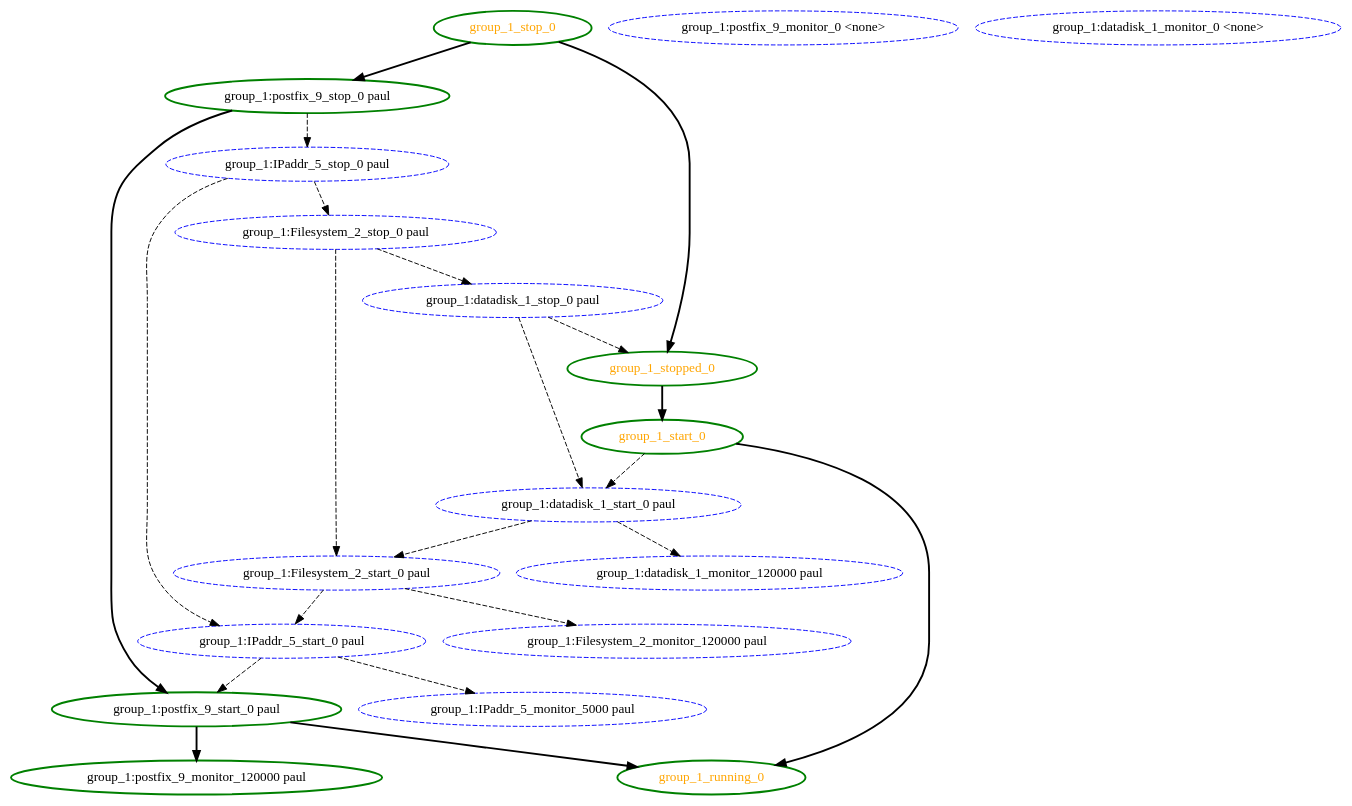
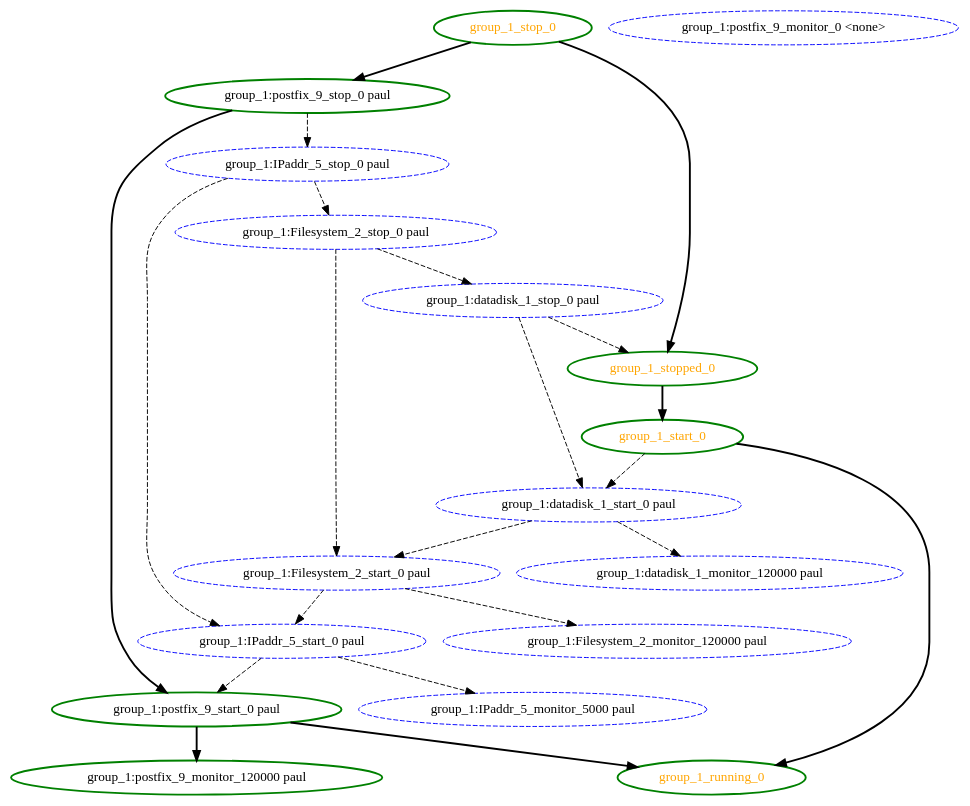
The diagram in crm/pengine/testcases/994.dot (richiewen8/heartbeat), drawn with Graphviz before and after one commit. The commit also changed 1 other file, not shown here.

```diff
--- a/crm/pengine/testcases/994.dot
+++ b/crm/pengine/testcases/994.dot
@@ -1,42 +1,41 @@
 digraph "g" {
 	size = "30,30"
 "group_1:Filesystem_2_monitor_120000 paul" [ style="dashed" color="blue" fontcolor="black" ]
 "group_1:postfix_9_monitor_0 <none>" [ style="dashed" color="blue" fontcolor="black" ]
 "group_1:postfix_9_monitor_120000 paul" [ style=bold color="green" fontcolor="black" ]
 "group_1:postfix_9_stop_0 paul" [ style=bold color="green" fontcolor="black" ]
-"group_1:datadisk_1_monitor_0 <none>" [ style="dashed" color="blue" fontcolor="black" ]
 "group_1:datadisk_1_monitor_120000 paul" [ style="dashed" color="blue" fontcolor="black" ]
 "group_1:IPaddr_5_monitor_5000 paul" [ style="dashed" color="blue" fontcolor="black" ]
 "group_1:datadisk_1_stop_0 paul" [ style="dashed" color="blue" fontcolor="black" ]
 "group_1:datadisk_1_start_0 paul" [ style="dashed" color="blue" fontcolor="black" ]
 "group_1:Filesystem_2_stop_0 paul" [ style="dashed" color="blue" fontcolor="black" ]
 "group_1:Filesystem_2_start_0 paul" [ style="dashed" color="blue" fontcolor="black" ]
 "group_1:IPaddr_5_stop_0 paul" [ style="dashed" color="blue" fontcolor="black" ]
 "group_1:IPaddr_5_start_0 paul" [ style="dashed" color="blue" fontcolor="black" ]
 "group_1:postfix_9_start_0 paul" [ style=bold color="green" fontcolor="black" ]
 "group_1_start_0" [ style=bold color="green" fontcolor="orange" ]
 "group_1_running_0" [ style=bold color="green" fontcolor="orange" ]
 "group_1_stop_0" [ style=bold color="green" fontcolor="orange" ]
 "group_1_stopped_0" [ style=bold color="green" fontcolor="orange" ]
 "group_1:Filesystem_2_start_0 paul" -> "group_1:Filesystem_2_monitor_120000 paul" [ style = dashed]
 "group_1:postfix_9_start_0 paul" -> "group_1:postfix_9_monitor_120000 paul" [ style = bold]
 "group_1_stop_0" -> "group_1:postfix_9_stop_0 paul" [ style = bold]
 "group_1:datadisk_1_start_0 paul" -> "group_1:datadisk_1_monitor_120000 paul" [ style = dashed]
 "group_1:IPaddr_5_start_0 paul" -> "group_1:IPaddr_5_monitor_5000 paul" [ style = dashed]
 "group_1:Filesystem_2_stop_0 paul" -> "group_1:datadisk_1_stop_0 paul" [ style = dashed]
 "group_1:datadisk_1_stop_0 paul" -> "group_1:datadisk_1_start_0 paul" [ style = dashed]
 "group_1_start_0" -> "group_1:datadisk_1_start_0 paul" [ style = dashed]
 "group_1:IPaddr_5_stop_0 paul" -> "group_1:Filesystem_2_stop_0 paul" [ style = dashed]
 "group_1:Filesystem_2_stop_0 paul" -> "group_1:Filesystem_2_start_0 paul" [ style = dashed]
 "group_1:datadisk_1_start_0 paul" -> "group_1:Filesystem_2_start_0 paul" [ style = dashed]
 "group_1:postfix_9_stop_0 paul" -> "group_1:IPaddr_5_stop_0 paul" [ style = dashed]
 "group_1:IPaddr_5_stop_0 paul" -> "group_1:IPaddr_5_start_0 paul" [ style = dashed]
 "group_1:Filesystem_2_start_0 paul" -> "group_1:IPaddr_5_start_0 paul" [ style = dashed]
 "group_1:postfix_9_stop_0 paul" -> "group_1:postfix_9_start_0 paul" [ style = bold]
 "group_1:IPaddr_5_start_0 paul" -> "group_1:postfix_9_start_0 paul" [ style = dashed]
 "group_1_stopped_0" -> "group_1_start_0" [ style = bold]
 "group_1:postfix_9_start_0 paul" -> "group_1_running_0" [ style = bold]
 "group_1_start_0" -> "group_1_running_0" [ style = bold]
 "group_1:datadisk_1_stop_0 paul" -> "group_1_stopped_0" [ style = dashed]
 "group_1_stop_0" -> "group_1_stopped_0" [ style = bold]
 }
```
